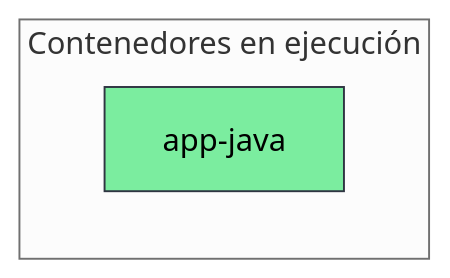
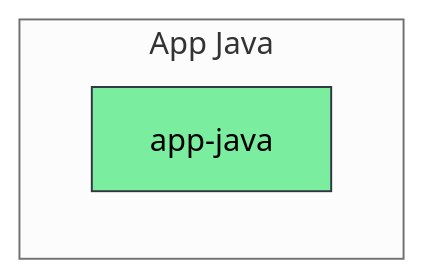
Before and after one commit to rugi/OTEL_Parte2: the first of 3 diagrams in Fase01/Readme.md, drawn with Mermaid (neutral theme).

Commit message:
Modify diagram to show app structure in Readme.md
Updated the diagram in Readme.md to reflect the app structure.

````diff
--- a/Fase01/Readme.md
+++ b/Fase01/Readme.md
@@ -25,9 +25,9 @@
 ``` mermaid
 graph TD
     %% Contenedores encima del Compose
-    subgraph Containers [Contenedores en ejecución]
+    subgraph Containers [App Java]
         D1[app-java]
     end
     %% Estilo visual
     style D1 fill:#7bed9f,stroke:#2f3542
 ``` 
````
